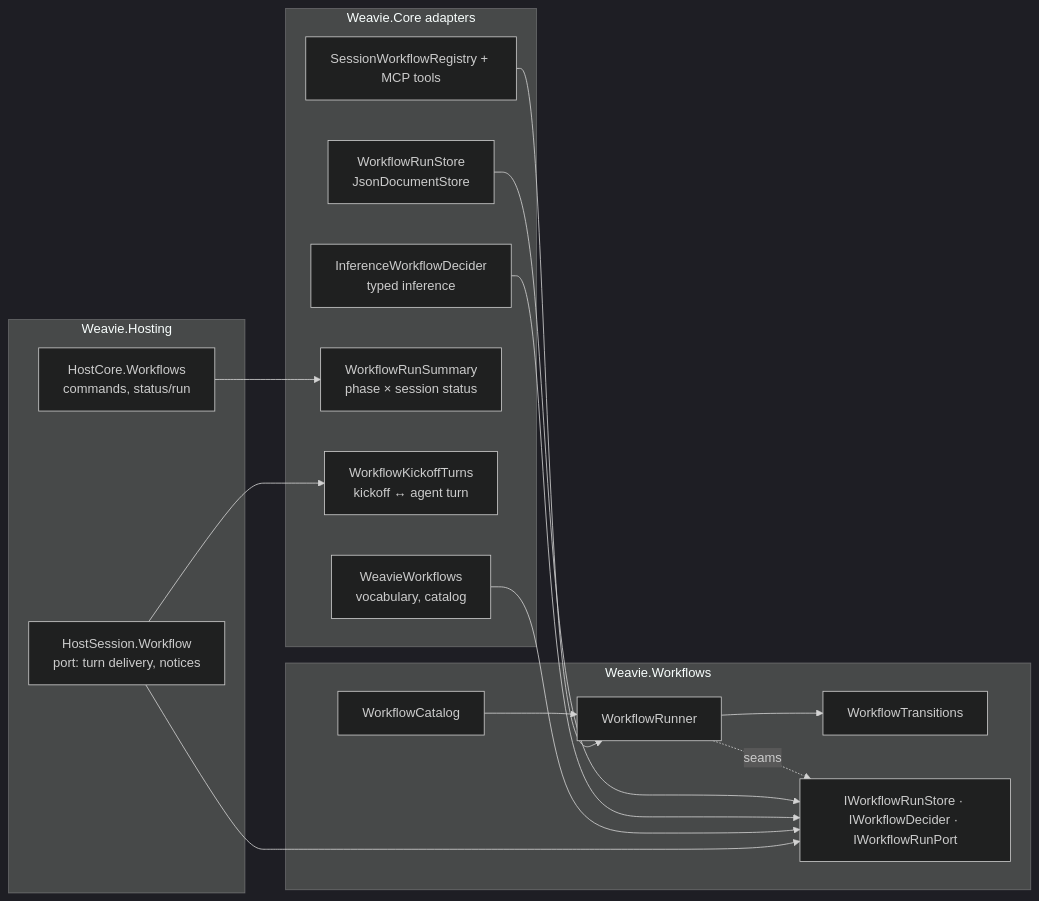
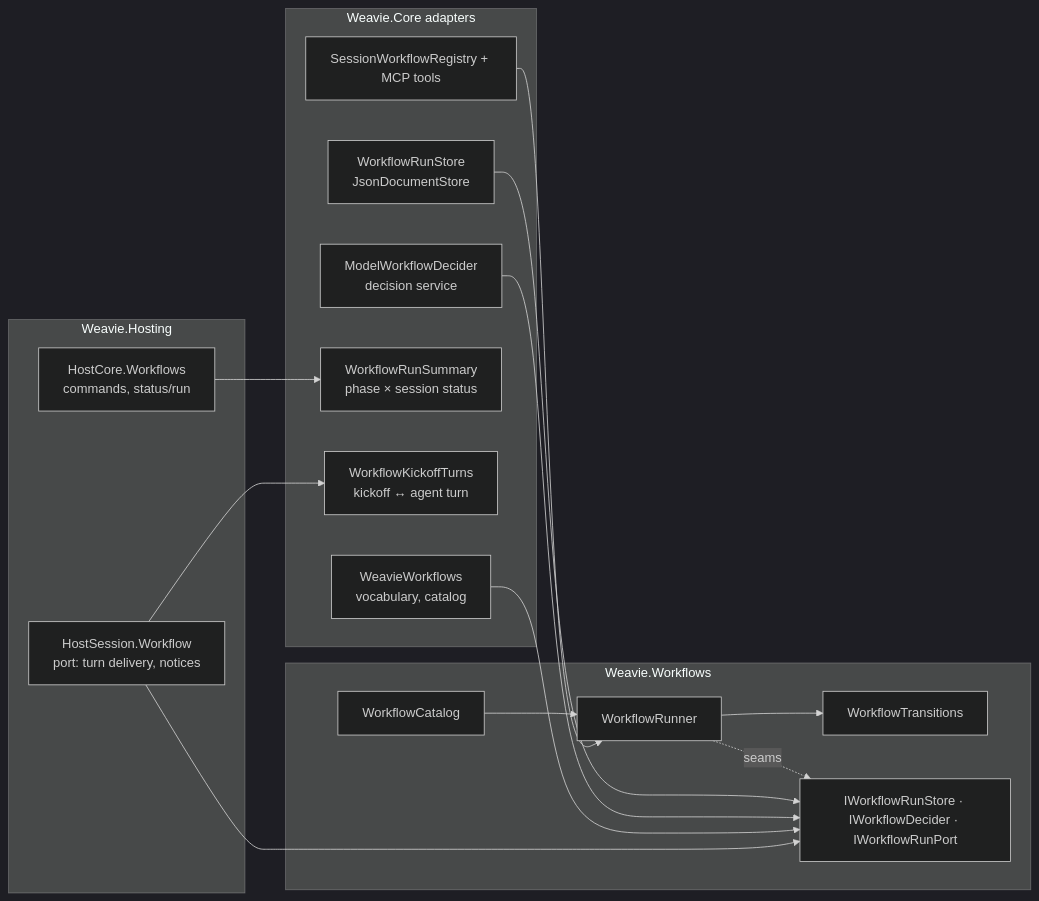
Before and after one commit to Kapps/weavie: the first of 2 diagrams in docs/specs/workflows.md, drawn with Mermaid (dark theme). The commit also changed other lines of this file and 10 other files, not shown here.

````diff
--- a/docs/specs/workflows.md
+++ b/docs/specs/workflows.md
@@ -63,23 +63,23 @@
 ```mermaid
 flowchart LR
   subgraph Engine["Weavie.Workflows"]
     Catalog[WorkflowCatalog] --> Runner[WorkflowRunner]
     Runner --> Transitions[WorkflowTransitions]
     Runner -. seams .-> Seams["IWorkflowRunStore · IWorkflowDecider · IWorkflowRunPort"]
   end
   subgraph Core["Weavie.Core adapters"]
     Store[WorkflowRunStore<br/>JsonDocumentStore] --> Seams
-    Decider[InferenceWorkflowDecider<br/>typed inference] --> Seams
+    Decider[ModelWorkflowDecider<br/>decision service] --> Seams
     Registry[SessionWorkflowRegistry + MCP tools]
     Summary[WorkflowRunSummary<br/>phase × session status]
     Turns[WorkflowKickoffTurns<br/>kickoff ↔ agent turn]
     Words[WeavieWorkflows<br/>vocabulary, catalog] --> Seams
   end
   subgraph Hosting["Weavie.Hosting"]
     Session[HostSession.Workflow<br/>port: turn delivery, notices] --> Seams
     Wire[HostCore.Workflows<br/>commands, status/run]
   end
   Registry --> Runner
   Wire --> Summary
   Session --> Turns
 ```
````
